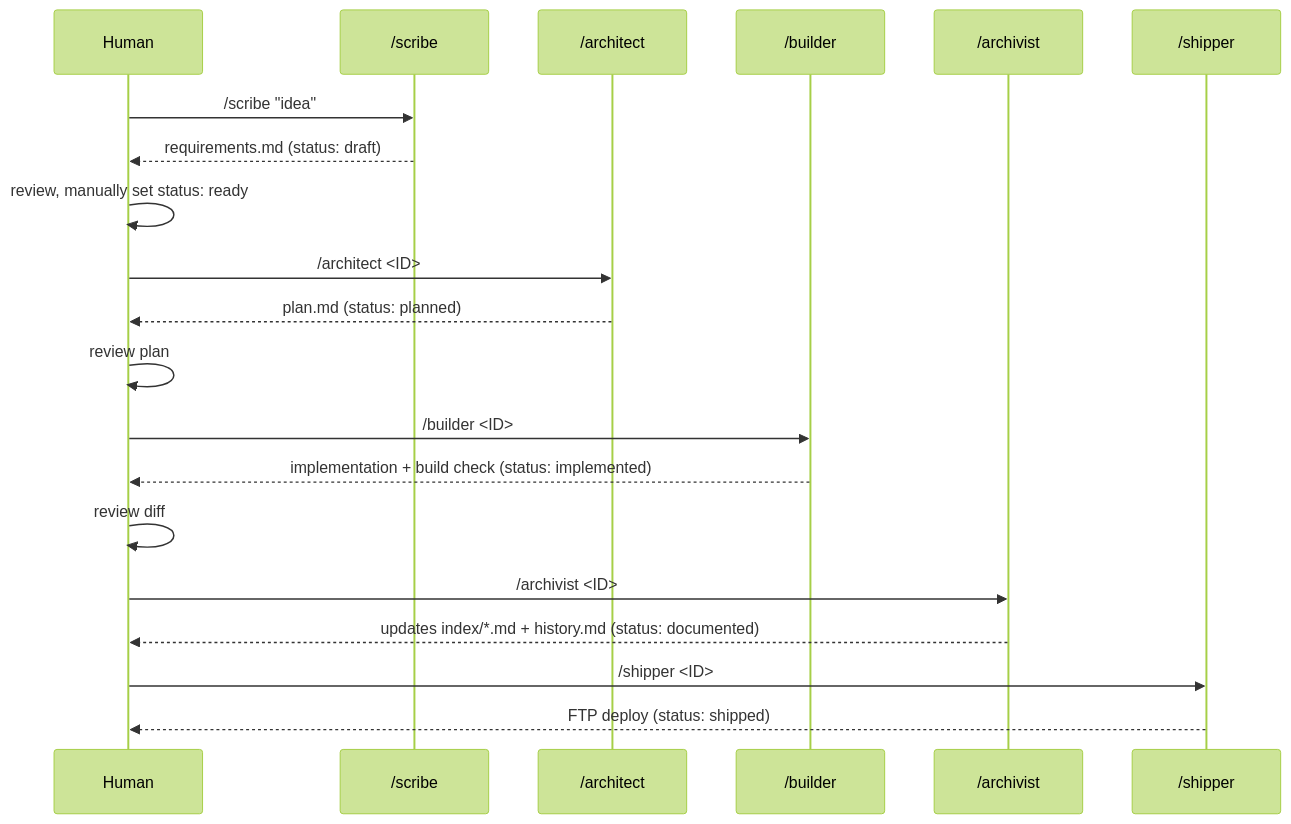
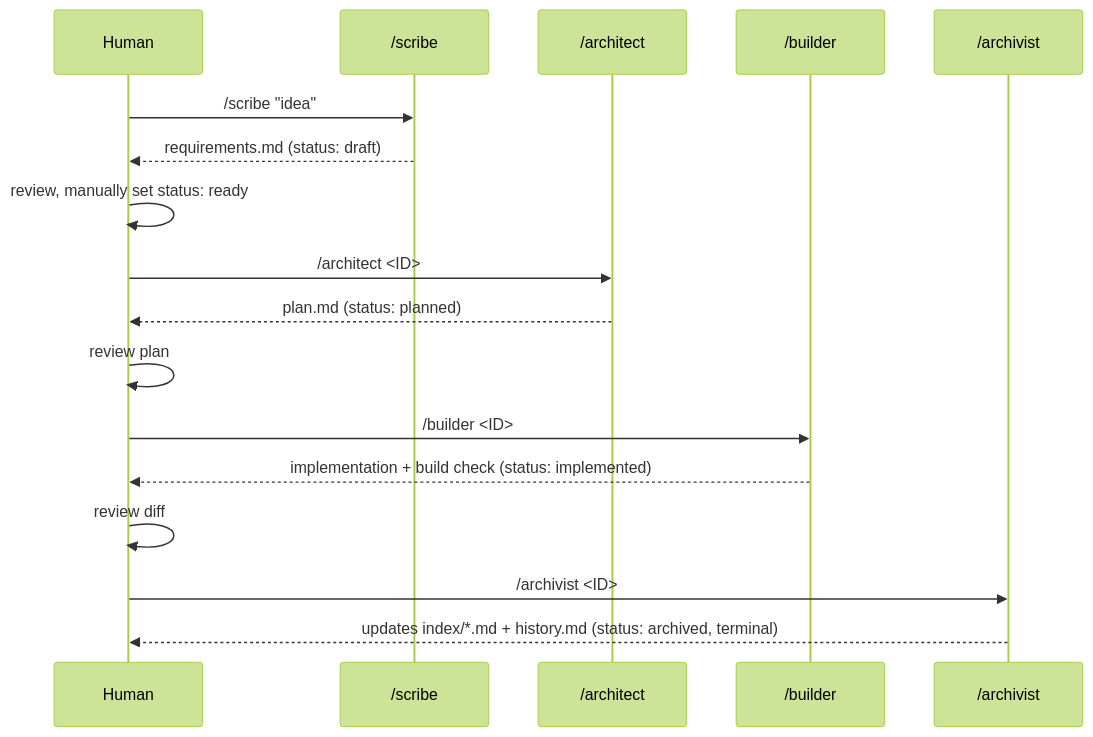
The third of 5 diagrams in .abzmyan/index/flow-diagrams.md (malekandrew/abzmyan), drawn with Mermaid (forest theme) before and after one commit. The commit also changed other lines of this file and 29 other files, not shown here.

First line of the commit message:
feat: Replace Shipper with Deployer agent and rename ticket status to archived

````diff
--- a/.abzmyan/index/flow-diagrams.md
+++ b/.abzmyan/index/flow-diagrams.md
@@ -42,23 +43,20 @@
 ```mermaid
 sequenceDiagram
     participant U as Human
     participant S as /scribe
     participant A as /architect
     participant B as /builder
     participant Ar as /archivist
-    participant Sh as /shipper
 
     U->>S: /scribe "idea"
     S-->>U: requirements.md (status: draft)
     U->>U: review, manually set status: ready
     U->>A: /architect <ID>
     A-->>U: plan.md (status: planned)
     U->>U: review plan
     U->>B: /builder <ID>
     B-->>U: implementation + build check (status: implemented)
     U->>U: review diff
     U->>Ar: /archivist <ID>
-    Ar-->>U: updates index/*.md + history.md (status: documented)
-    U->>Sh: /shipper <ID>
-    Sh-->>U: FTP deploy (status: shipped)
+    Ar-->>U: updates index/*.md + history.md (status: archived, terminal)
 ```
````
